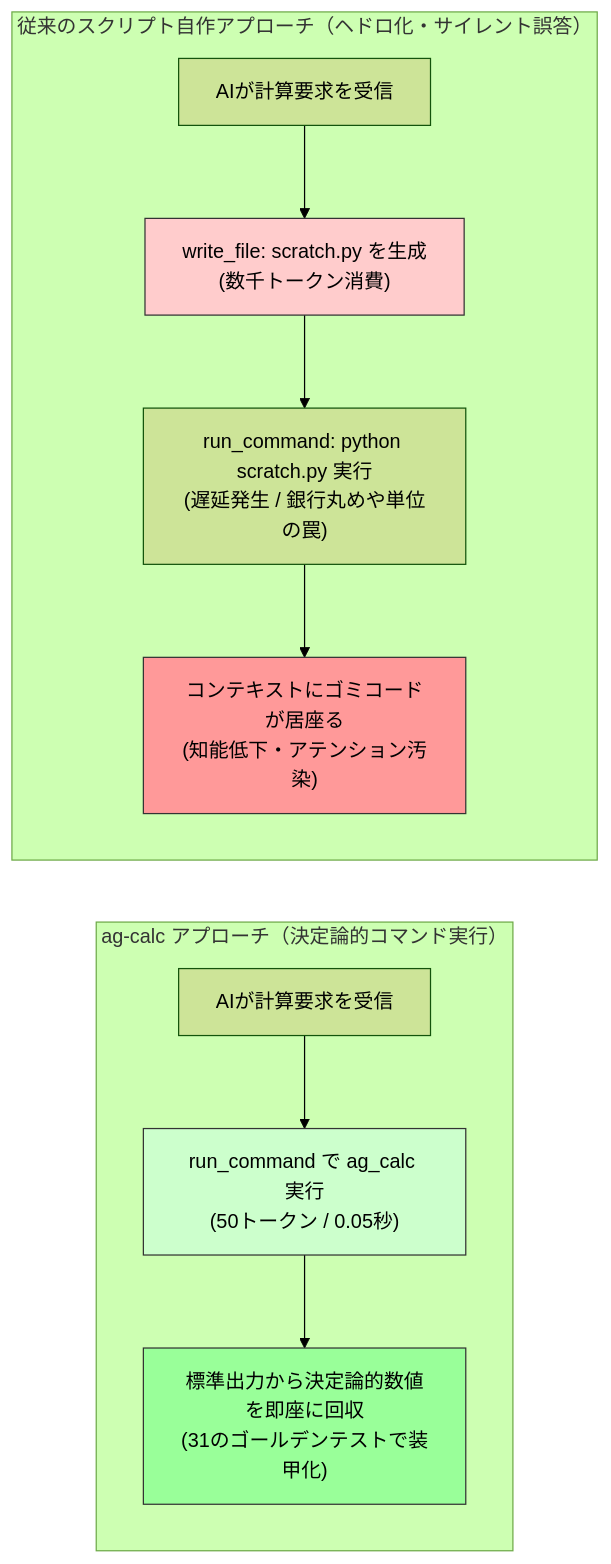
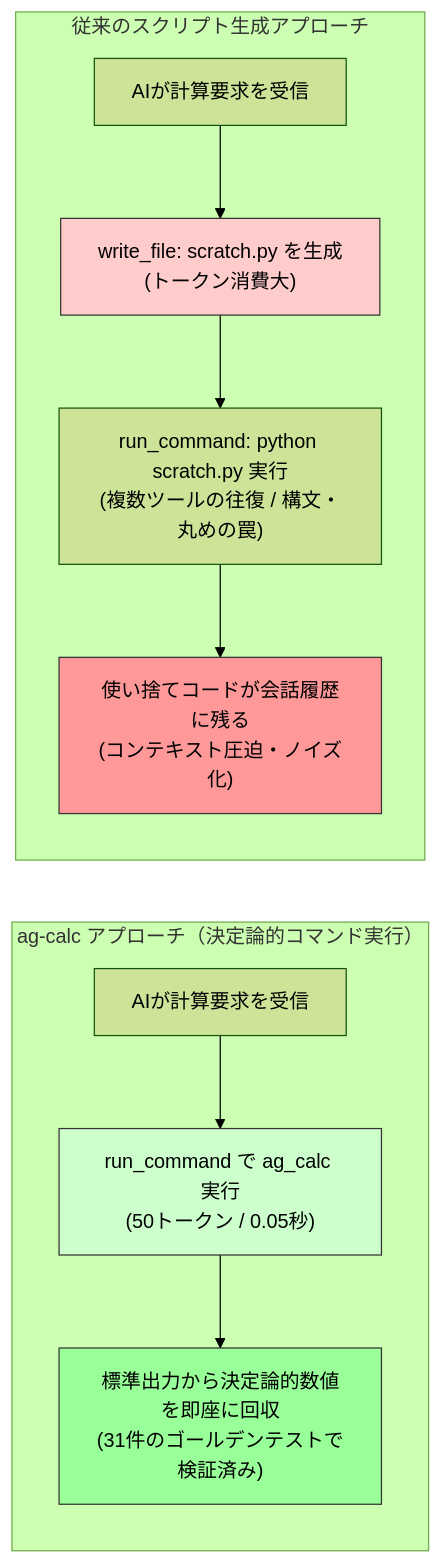
One commit to sevenstars917-bot/Bootloader_Dignity changed the diagram in 01_Tools/ag-calc/User_guide.md. Above: the diagram before and after it, drawn with Mermaid (forest theme). The commit also changed other lines of this file, not shown here.

````diff
--- a/01_Tools/ag-calc/User_guide.md
+++ b/01_Tools/ag-calc/User_guide.md
@@ -33,21 +32,21 @@
 ```mermaid
 flowchart TD
-    subgraph Traditional["従来のスクリプト自作アプローチ（ヘドロ化・サイレント誤答）"]
+    subgraph Traditional["従来のスクリプト生成アプローチ"]
         direction TB
-        A1["AIが計算要求を受信"] --> A2["write_file: scratch.py を生成<br>(数千トークン消費)"]
-        A2 --> A3["run_command: python scratch.py 実行<br>(遅延発生 / 銀行丸めや単位の罠)"]
-        A3 --> A4["コンテキストにゴミコードが居座る<br>(知能低下・アテンション汚染)"]
+        A1["AIが計算要求を受信"] --> A2["write_file: scratch.py を生成<br>(トークン消費大)"]
+        A2 --> A3["run_command: python scratch.py 実行<br>(複数ツールの往復 / 構文・丸めの罠)"]
+        A3 --> A4["使い捨てコードが会話履歴に残る<br>(コンテキスト圧迫・ノイズ化)"]
         style A2 fill:#ffcccc,stroke:#333
         style A4 fill:#ff9999,stroke:#333
     end
 
     subgraph AgCalc["ag-calc アプローチ（決定論的コマンド実行）"]
         direction TB
         B1["AIが計算要求を受信"] --> B2["run_command で ag_calc 実行<br>(50トークン / 0.05秒)"]
-        B2 --> B3["標準出力から決定論的数値を即座に回収<br>(31のゴールデンテストで装甲化)"]
+        B2 --> B3["標準出力から決定論的数値を即座に回収<br>(31件のゴールデンテストで検証済み)"]
         style B2 fill:#ccffcc,stroke:#333
         style B3 fill:#99ff99,stroke:#333
     end
 
     Traditional ~~~ AgCalc
 ```
````
